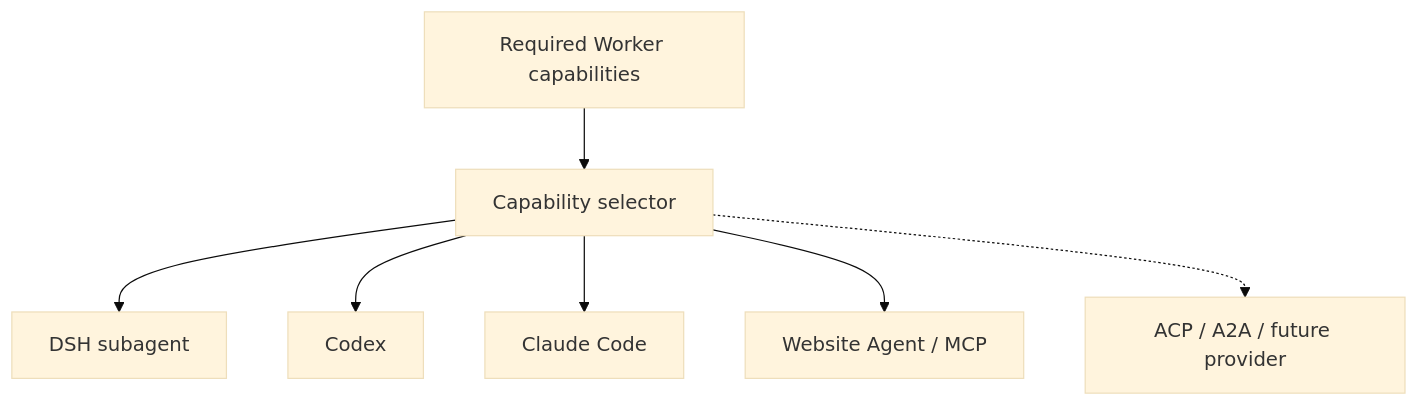
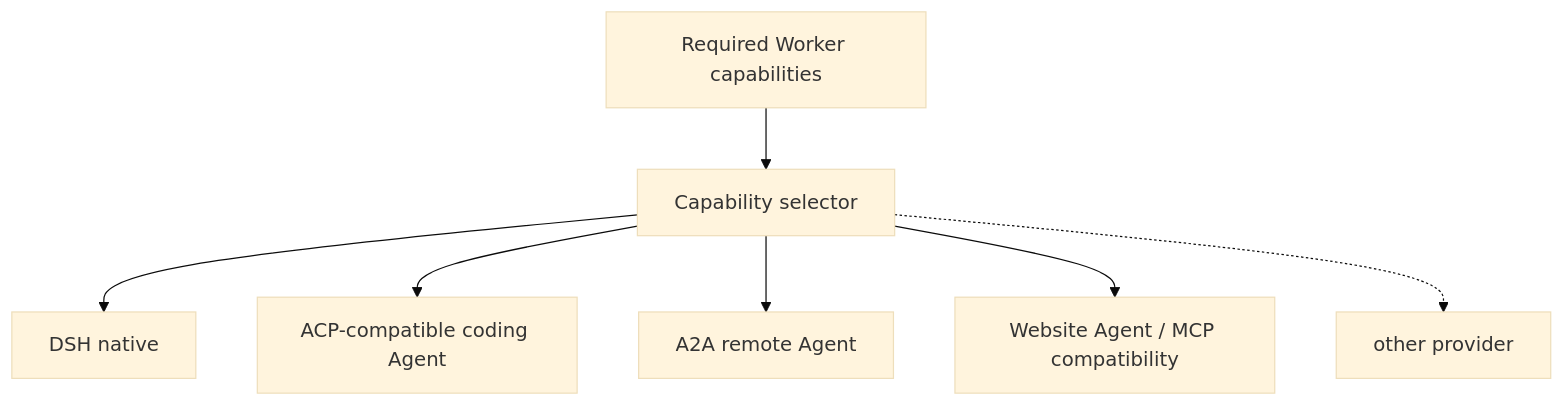
Before and after one commit to tsuuanmi/AgentOS: the third of 6 diagrams in docs/architecture/README.md, drawn with Mermaid (base theme). The commit also changed other lines of this file, not shown here.

Commit message:
docs: make A2A ACP MCP protocol roles canonical

```diff
--- a/docs/architecture/README.md
+++ b/docs/architecture/README.md
@@ -233,13 +233,13 @@
 ~~~mermaid
 flowchart TB
     Requirement[Required Worker capabilities]
     Selector[Capability selector]
 
     Requirement --> Selector
 
-    Selector --> DSH[DSH subagent]
-    Selector --> Codex[Codex]
-    Selector --> Claude[Claude Code]
-    Selector --> Website[Website Agent / MCP]
-    Selector -.-> Future[ACP / A2A / future provider]
+    Selector --> DSH[DSH native]
+    Selector --> ACP[ACP-compatible coding Agent]
+    Selector --> A2A[A2A remote Agent]
+    Selector --> Website[Website Agent / MCP compatibility]
+    Selector -.-> Future[other provider]
 ~~~
```
